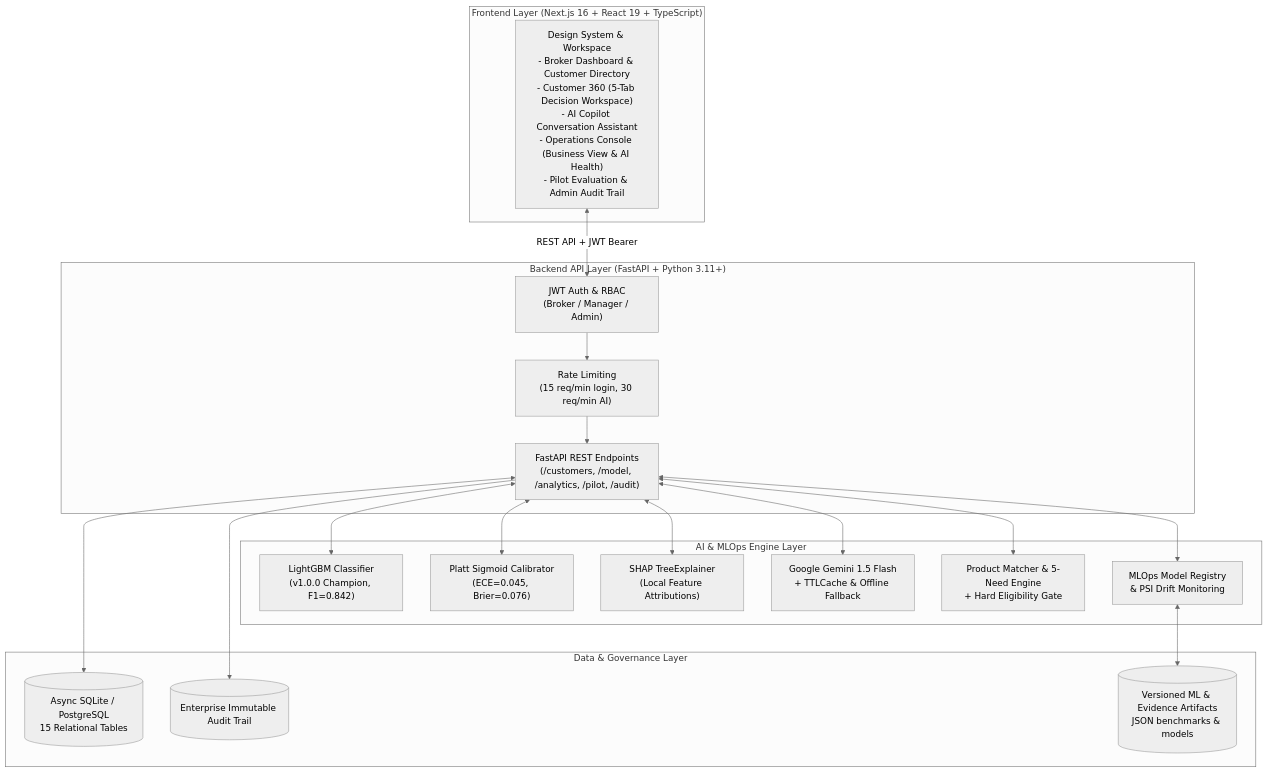
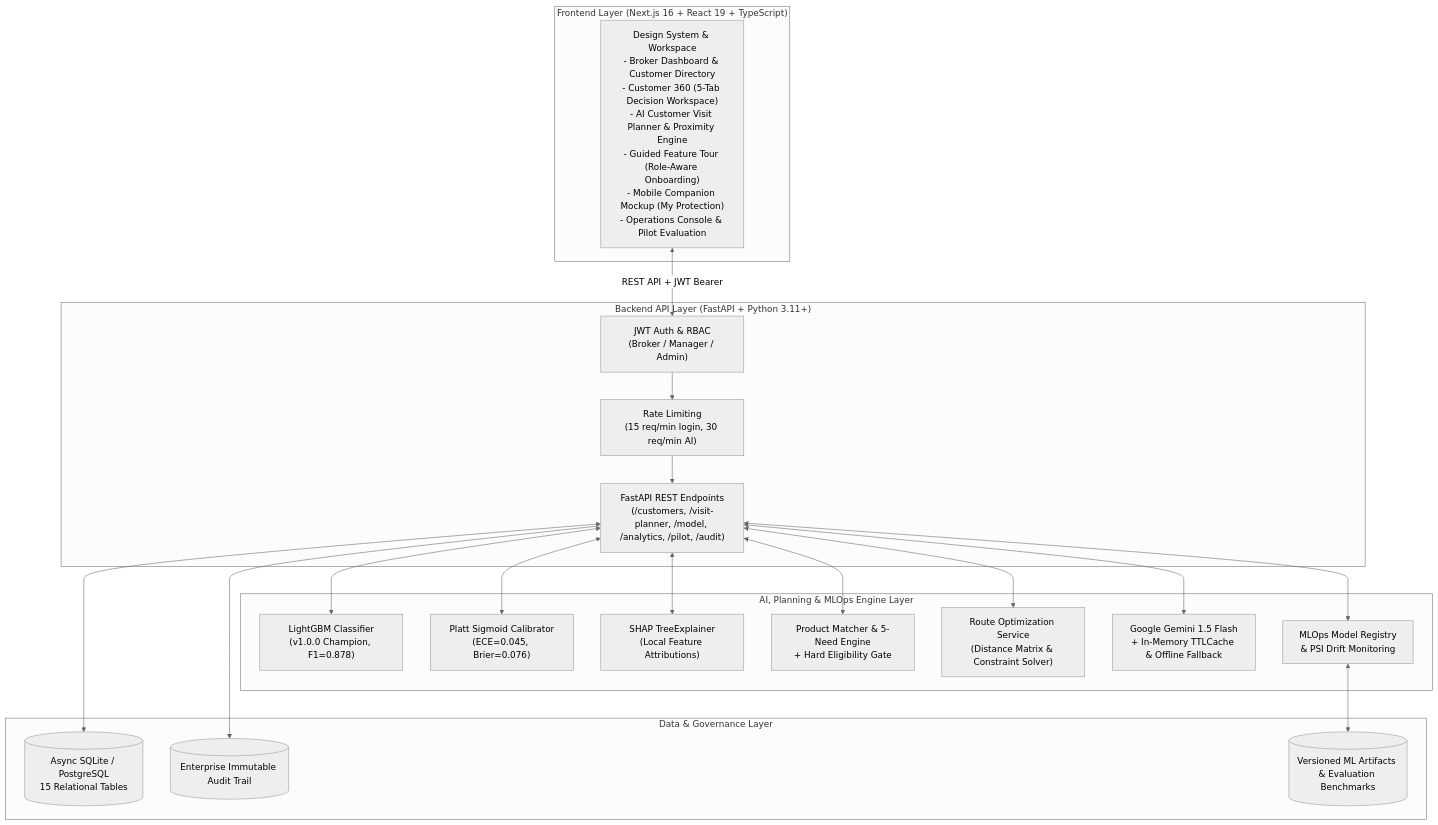
The diagram in README.md (beamtanawat/broker-insight-ai-krungsri-hackathon), drawn with Mermaid (neutral theme) before and after one commit. The commit also changed other lines of this file, not shown here.

Commit message:
docs: update README with visit planner, onboarding tour, and typography system

````diff
--- a/README.md
+++ b/README.md
@@ -47,35 +50,37 @@
 ```mermaid
 flowchart TD
     subgraph Frontend["Frontend Layer (Next.js 16 + React 19 + TypeScript)"]
-        UI["Design System & Workspace\n- Broker Dashboard & Customer Directory\n- Customer 360 (5-Tab Decision Workspace)\n- AI Copilot Conversation Assistant\n- Operations Console (Business View & AI Health)\n- Pilot Evaluation & Admin Audit Trail"]
+        UI["Design System & Workspace\n- Broker Dashboard & Customer Directory\n- Customer 360 (5-Tab Decision Workspace)\n- AI Customer Visit Planner & Proximity Engine\n- Guided Feature Tour (Role-Aware Onboarding)\n- Mobile Companion Mockup (My Protection)\n- Operations Console & Pilot Evaluation"]
     end
 
     subgraph API["Backend API Layer (FastAPI + Python 3.11+)"]
         Auth["JWT Auth & RBAC\n(Broker / Manager / Admin)"]
         RateLimit["Rate Limiting\n(15 req/min login, 30 req/min AI)"]
-        Router["FastAPI REST Endpoints\n(/customers, /model, /analytics, /pilot, /audit)"]
+        Router["FastAPI REST Endpoints\n(/customers, /visit-planner, /model, /analytics, /pilot, /audit)"]
     end
 
-    subgraph AI["AI & MLOps Engine Layer"]
-        LGBM["LightGBM Classifier\n(v1.0.0 Champion, F1=0.842)"]
+    subgraph AI["AI, Planning & MLOps Engine Layer"]
+        LGBM["LightGBM Classifier\n(v1.0.0 Champion, F1=0.878)"]
         Calib["Platt Sigmoid Calibrator\n(ECE=0.045, Brier=0.076)"]
         SHAP["SHAP TreeExplainer\n(Local Feature Attributions)"]
-        LLM["Google Gemini 1.5 Flash\n+ TTLCache & Offline Fallback"]
         RecEngine["Product Matcher & 5-Need Engine\n+ Hard Eligibility Gate"]
+        RouteEngine["Route Optimization Service\n(Distance Matrix & Constraint Solver)"]
+        LLM["Google Gemini 1.5 Flash\n+ In-Memory TTLCache & Offline Fallback"]
         Registry["MLOps Model Registry\n& PSI Drift Monitoring"]
     end
 
     subgraph Data["Data & Governance Layer"]
         DB[(Async SQLite / PostgreSQL\n15 Relational Tables)]
         AuditLog[(Enterprise Immutable Audit Trail)]
-        Artifacts[(Versioned ML & Evidence Artifacts\nJSON benchmarks & models)]
+        Artifacts[(Versioned ML Artifacts & Evaluation Benchmarks)]
     end
 
     UI <-->|REST API + JWT Bearer| Auth
     Auth --> RateLimit --> Router
     Router <--> DB
     Router <--> LGBM & Calib & SHAP
+    Router <--> RouteEngine
     Router <--> LLM & RecEngine
     Router <--> Registry <--> Artifacts
     Router --> AuditLog
 ```
````
